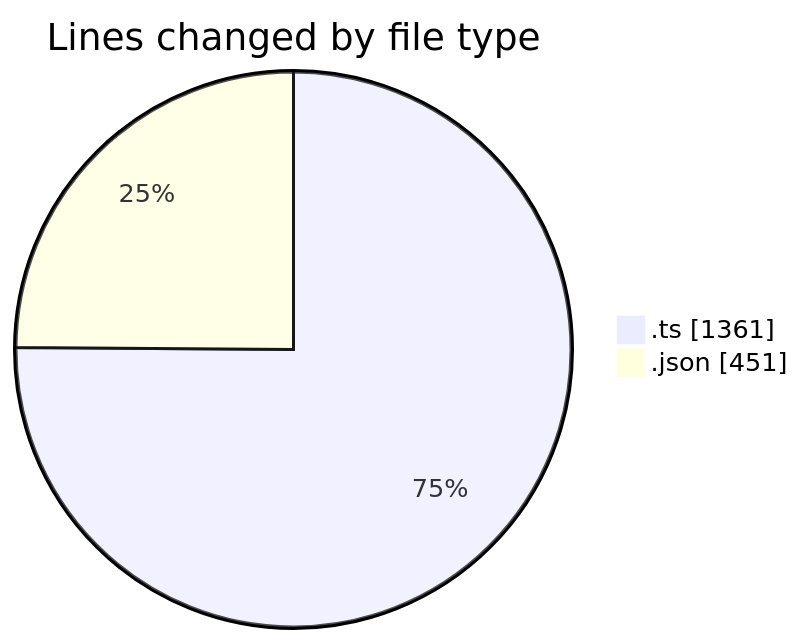
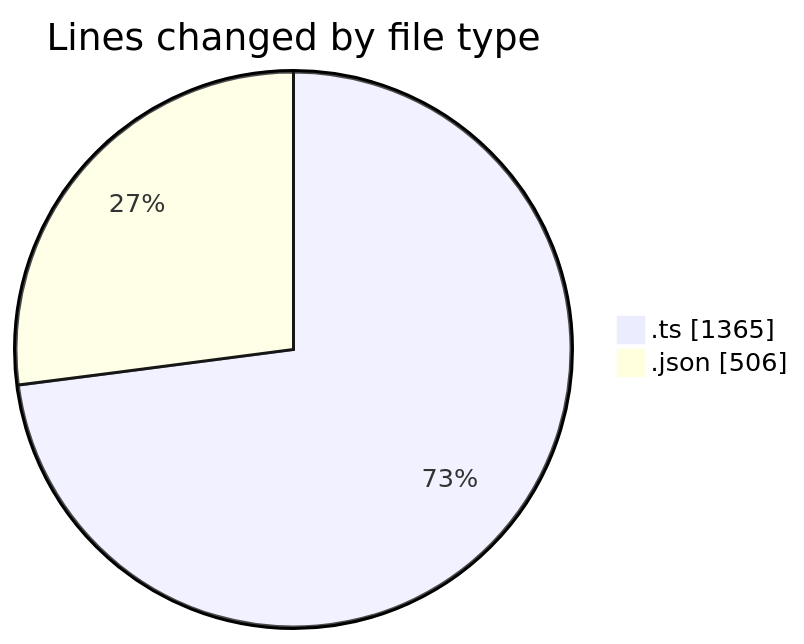
Before and after one commit to momahboobian/code-tracking: the first of 2 diagrams in 2025-10-22/cda/README.md, drawn with Mermaid. The commit also changed other lines of this file and 1 other file, not shown here.

````diff
--- a/2025-10-22/cda/README.md
+++ b/2025-10-22/cda/README.md
@@ -24,6 +24,6 @@
 ```mermaid
 pie showData
 title Lines changed by file type
-".ts" : 1361
-".json" : 451
+".ts" : 1365
+".json" : 506
 ```
````
